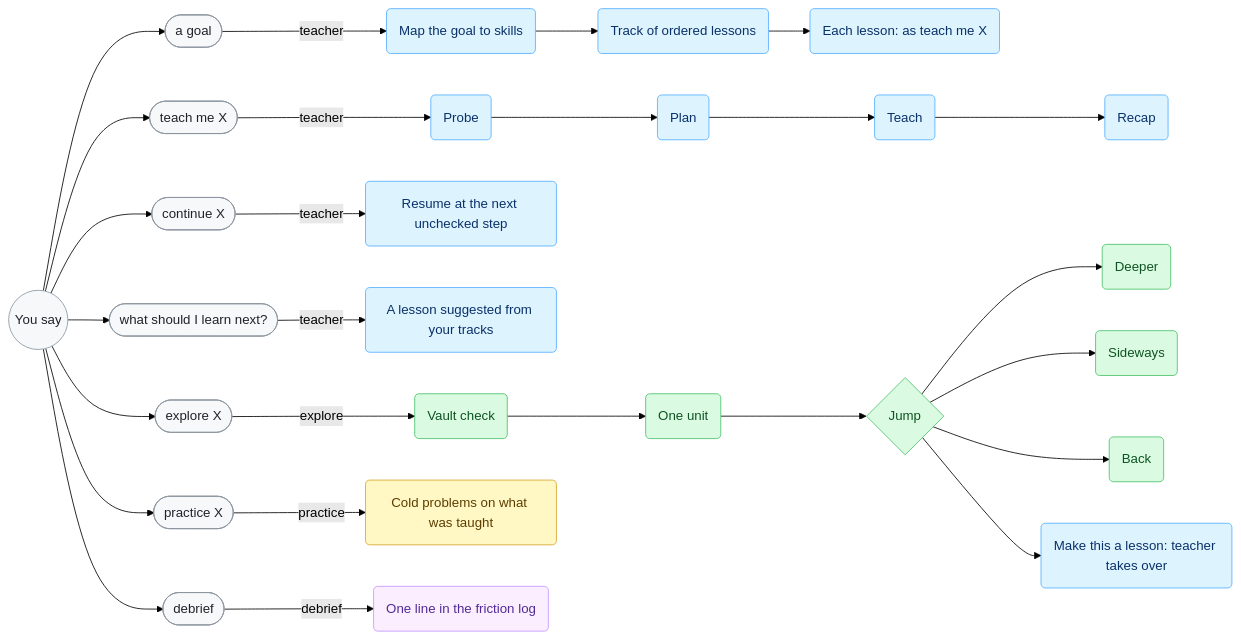
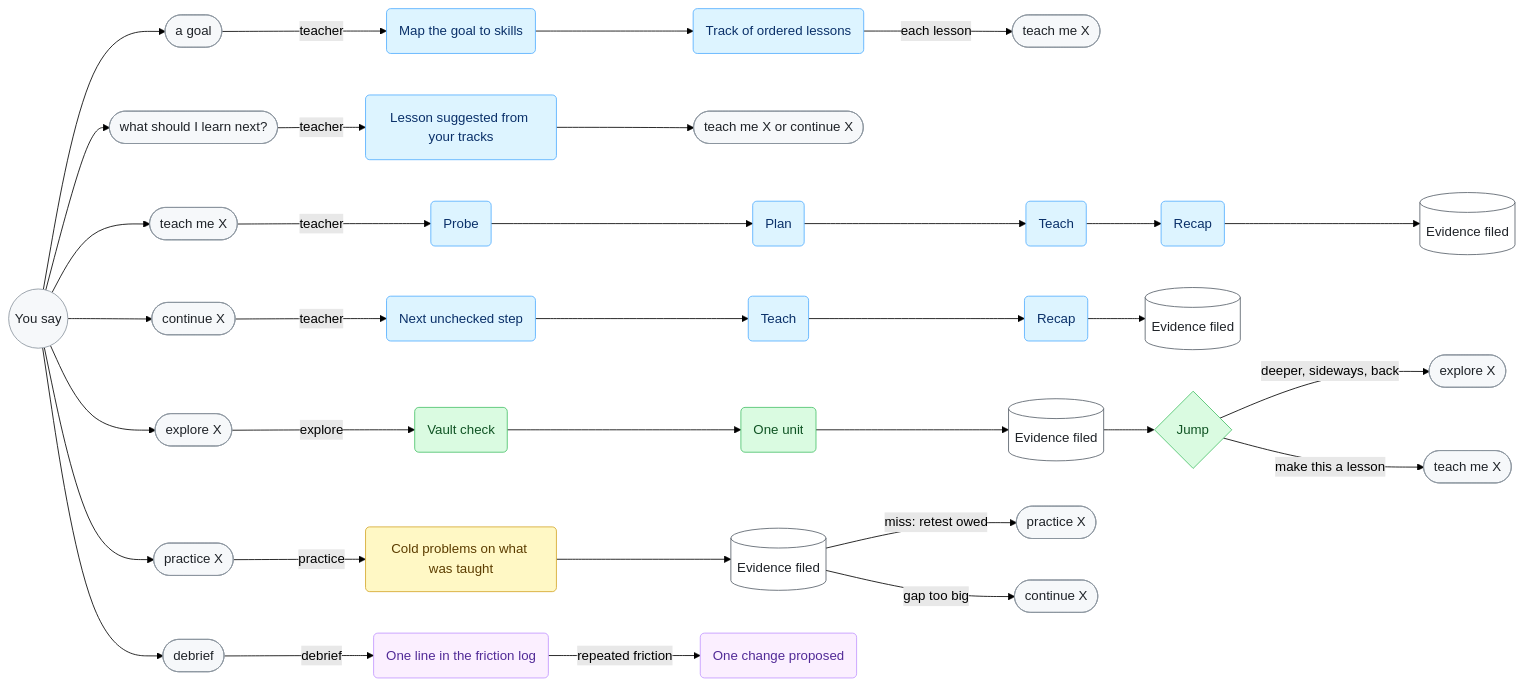
Before and after one commit to MarcPaquet/teach-loop: the diagram in README.md, drawn with Mermaid (forest theme). The commit also changed other lines of this file, not shown here.

Commit message:
README: show where each branch of the session diagram ends
Each branch now ends in evidence filed or in the phrase the session
continues on.

````diff
--- a/README.md
+++ b/README.md
@@ -9,33 +9,35 @@
 ```mermaid
 flowchart LR
     S(("You say")) --> G(["a goal"])
+    S --> N(["what should I learn next?"])
     S --> T(["teach me X"])
     S --> C(["continue X"])
-    S --> N(["what should I learn next?"])
     S --> X(["explore X"])
     S --> P(["practice X"])
     S --> D(["debrief"])
 
-    G -- teacher --> G1("Map the goal to skills") --> G2("Track of ordered lessons") --> G3("Each lesson: as teach me X")
-    T -- teacher --> T1("Probe") --> T2("Plan") --> T3("Teach") --> T4("Recap")
-    C -- teacher --> C1("Resume at the next unchecked step")
-    N -- teacher --> N1("A lesson suggested from your tracks")
-    X -- explore --> X1("Vault check") --> X2("One unit") --> J{"Jump"}
-    J --> J1("Deeper")
-    J --> J2("Sideways")
-    J --> J3("Back")
-    J --> J4("Make this a lesson: teacher takes over")
-    P -- practice --> P1("Cold problems on what was taught")
-    D -- debrief --> D1("One line in the friction log")
+    G -- teacher --> G1("Map the goal to skills") --> G2("Track of ordered lessons") -- "each lesson" --> G3(["teach me X"])
+    N -- teacher --> N1("Lesson suggested from your tracks") --> N2(["teach me X or continue X"])
+    T -- teacher --> T1("Probe") --> T2("Plan") --> T3("Teach") --> T4("Recap") --> R1[("Evidence filed")]
+    C -- teacher --> C1("Next unchecked step") --> C2("Teach") --> C3("Recap") --> R2[("Evidence filed")]
+    X -- explore --> X1("Vault check") --> X2("One unit") --> R3[("Evidence filed")] --> J{"Jump"}
+    J -- "deeper, sideways, back" --> J1(["explore X"])
+    J -- "make this a lesson" --> J2(["teach me X"])
+    P -- practice --> P1("Cold problems on what was taught") --> R4[("Evidence filed")]
+    R4 -- "miss: retest owed" --> P2(["practice X"])
+    R4 -- "gap too big" --> P3(["continue X"])
+    D -- debrief --> D1("One line in the friction log") -- "repeated friction" --> D2("One change proposed")
 
     classDef say fill:#f6f8fa,stroke:#8c959f,color:#1f2328,stroke-width:1px
     classDef teacher fill:#ddf4ff,stroke:#54aeff,color:#0a3069,stroke-width:1px
     classDef explore fill:#dafbe1,stroke:#4ac26b,color:#0f5323,stroke-width:1px
     classDef practice fill:#fff8c5,stroke:#d4a72c,color:#5c3d00,stroke-width:1px
     classDef debrief fill:#fbefff,stroke:#c297ff,color:#512a97,stroke-width:1px
-    class S,G,T,C,N,X,P,D say
-    class G1,G2,G3,T1,T2,T3,T4,C1,N1,J4 teacher
-    class X1,X2,J,J1,J2,J3 explore
+    classDef record fill:#ffffff,stroke:#57606a,color:#1f2328,stroke-width:1px
+    class S,G,N,T,C,X,P,D,G3,N2,J1,J2,P2,P3 say
+    class G1,G2,N1,T1,T2,T3,T4,C1,C2,C3 teacher
+    class X1,X2,J explore
     class P1 practice
-    class D1 debrief
+    class D1,D2 debrief
+    class R1,R2,R3,R4 record
 ```
````
